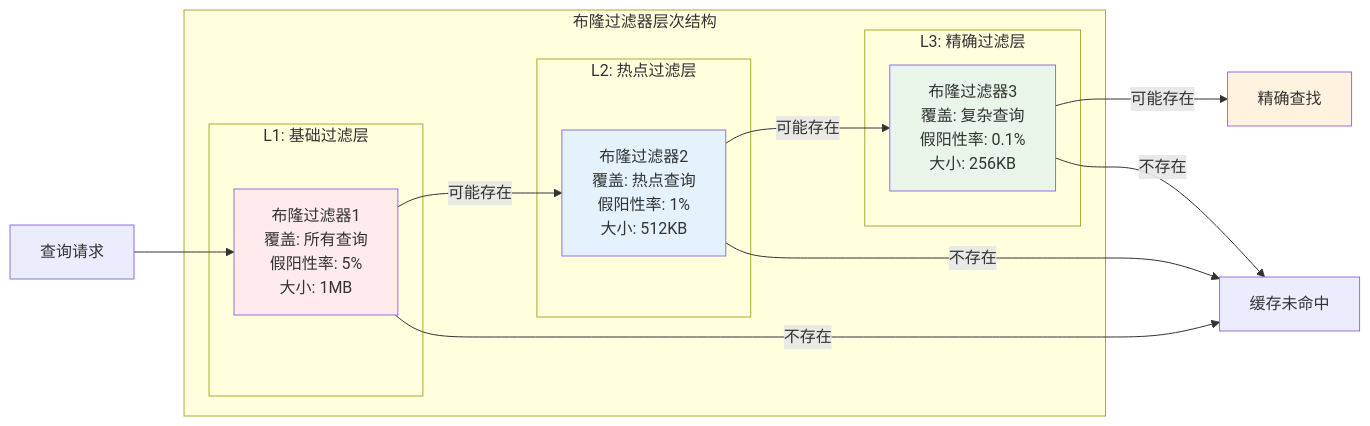
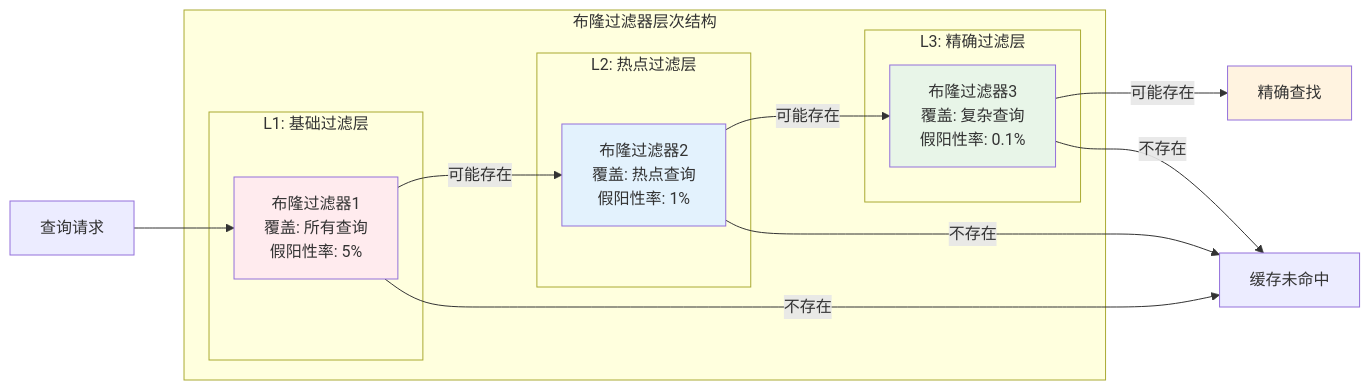
The fourth of 5 diagrams in md/第三章-动态缓存管理.md (crazypenguincode/duckdb), drawn with Mermaid before and after one commit. The commit also changed other lines of this file and 9 other files, not shown here.

````diff
--- a/md/第三章-动态缓存管理.md
+++ b/md/第三章-动态缓存管理.md
@@ -242,29 +198,29 @@
 ```mermaid
 flowchart LR
     subgraph "布隆过滤器层次结构"
         subgraph "L1: 基础过滤层"
-            BF1["布隆过滤器1<br/>覆盖: 所有查询<br/>假阳性率: 5%<br/>大小: 1MB"]
+            BF1["布隆过滤器1<br/>覆盖: 所有查询<br/>假阳性率: 5%"]
         end
         
         subgraph "L2: 热点过滤层"
-            BF2["布隆过滤器2<br/>覆盖: 热点查询<br/>假阳性率: 1%<br/>大小: 512KB"]
+            BF2["布隆过滤器2<br/>覆盖: 热点查询<br/>假阳性率: 1%"]
         end
         
         subgraph "L3: 精确过滤层"
-            BF3["布隆过滤器3<br/>覆盖: 复杂查询<br/>假阳性率: 0.1%<br/>大小: 256KB"]
+            BF3["布隆过滤器3<br/>覆盖: 复杂查询<br/>假阳性率: 0.1%"]
         end
     end
     
     Q[查询请求] --> BF1
     BF1 -->|可能存在| BF2
     BF1 -->|不存在| MISS[缓存未命中]
     BF2 -->|可能存在| BF3
     BF2 -->|不存在| MISS
     BF3 -->|可能存在| EXACT[精确查找]
     BF3 -->|不存在| MISS
     
     style BF1 fill:#ffebee
     style BF2 fill:#e3f2fd
     style BF3 fill:#e8f5e8
     style EXACT fill:#fff3e0
 ```
````
